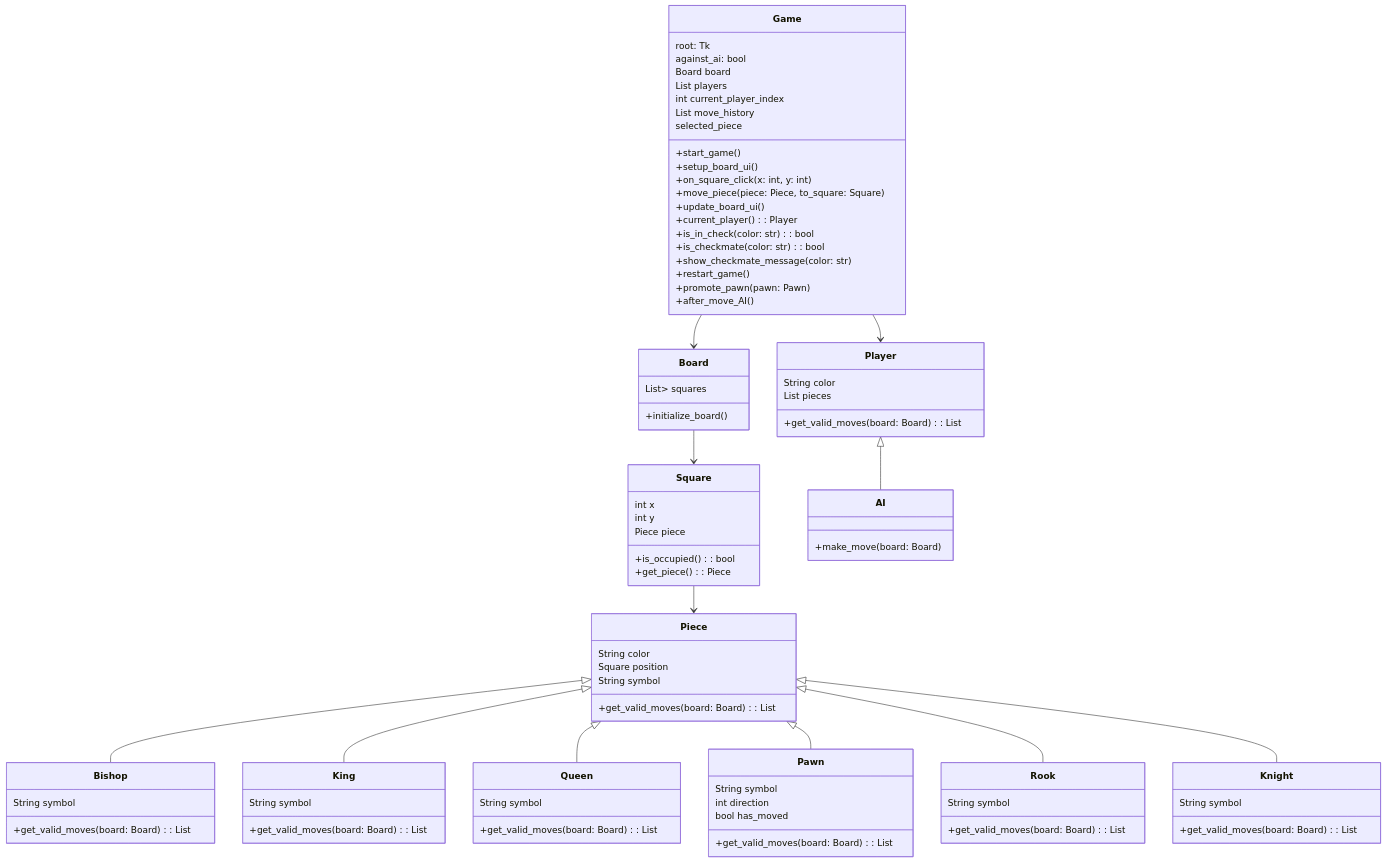
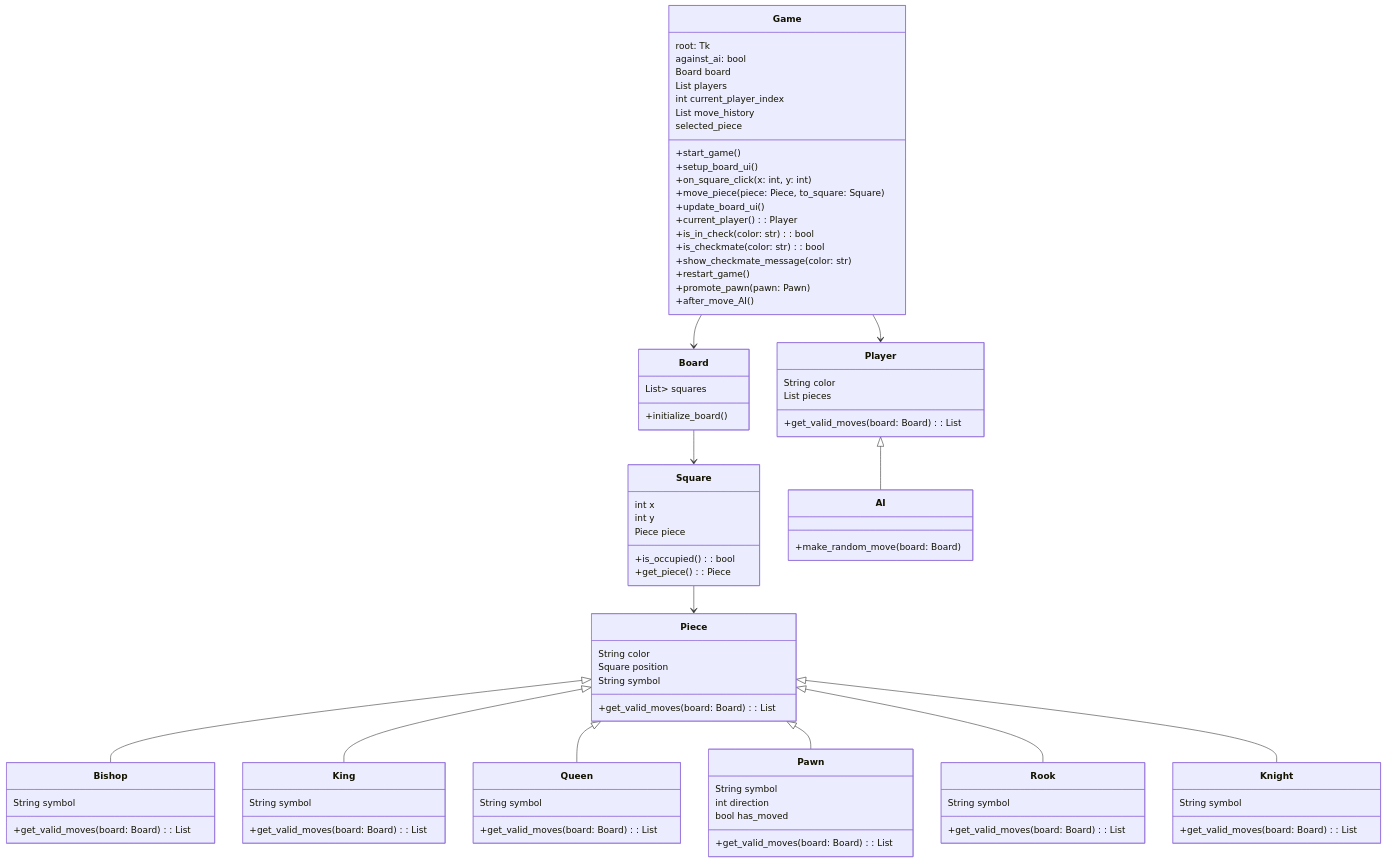
One commit to DenielR/Trab-xadrez changed the first of 2 diagrams in README.md. Above: the diagram before and after it, drawn with Mermaid.

Commit message:
mudança diagrama de classes

```diff
--- a/README.md
+++ b/README.md
@@ -85,7 +85,7 @@
 }
 
 class AI{
-    +make_move(board: Board)
+    +make_random_move(board: Board)
 }
 
 Game --> Board
```
